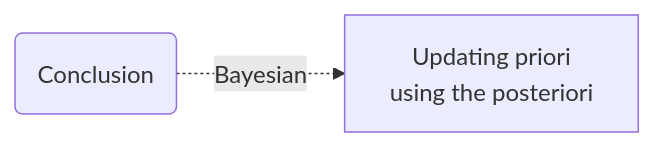
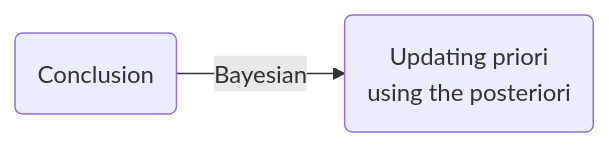
The third of 3 diagrams in content/post/statistics/eda/introduction.markdown (abehzadnia/blog), drawn with Mermaid before and after one commit. The commit also changed other lines of this file and 17 other files, not shown here.

```diff
--- a/content/post/statistics/eda/introduction.markdown
+++ b/content/post/statistics/eda/introduction.markdown
@@ -43,5 +45,4 @@
 {{<mermaid align="center">}}
 graph LR;
-    H(Conclusion) -.-> |Bayesian|G[Updating priori <br> using the posteriori]
-
+    H(Conclusion) --> |Bayesian|G(Updating priori <br> using the posteriori)
 {{< /mermaid >}}
```
